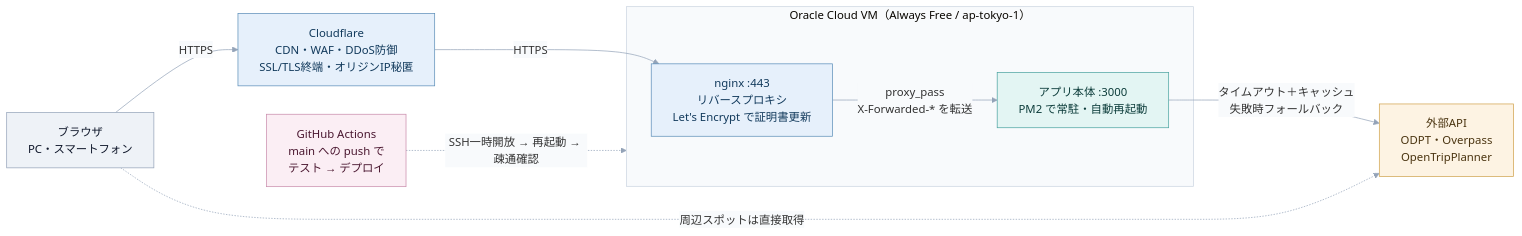
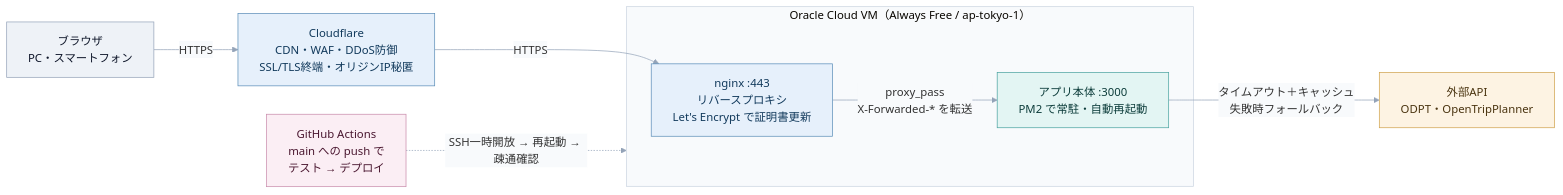
One commit to HR0101/EkiHub changed the second of 2 diagrams in README.md. Above: the diagram before and after it, drawn with Mermaid. The commit also changed other lines of this file and 4 other files, not shown here.

First line of the commit message:
docs: drop the Overpass spot search from README diagrams

````diff
--- a/README.md
+++ b/README.md
@@ -282,34 +273,33 @@
 ```mermaid
 %%{init: {"theme":"base","themeVariables":{"textColor":"#1f2937","lineColor":"#94a3b8","clusterBkg":"#f8fafc","clusterBorder":"#cbd5e1","edgeLabelBackground":"#f8fafc"},"flowchart":{"curve":"basis","wrappingWidth":400,"nodeSpacing":40,"rankSpacing":70}}}%%
 flowchart LR
   U["ブラウザ<br/>PC・スマートフォン"]
   CF["Cloudflare<br/>CDN・WAF・DDoS防御<br/>SSL/TLS終端・オリジンIP秘匿"]
 
   subgraph VM["Oracle Cloud VM（Always Free / ap-tokyo-1）"]
     NG["nginx :443<br/>リバースプロキシ<br/>Let's Encrypt で証明書更新"]
     APP["アプリ本体 :3000<br/>PM2 で常駐・自動再起動"]
     NG -- "proxy_pass<br/>X-Forwarded-* を転送" --> APP
   end
 
-  EX["外部API<br/>ODPT・Overpass<br/>OpenTripPlanner"]
+  EX["外部API<br/>ODPT・OpenTripPlanner"]
   GH["GitHub Actions<br/>main への push で<br/>テスト → デプロイ"]
 
   U -- "HTTPS" --> CF
   CF -- "HTTPS" --> NG
   APP -- "タイムアウト＋キャッシュ<br/>失敗時フォールバック" --> EX
-  U -. "周辺スポットは直接取得" .-> EX
   GH -. "SSH一時開放 → 再起動 → 疎通確認" .-> VM
 
   classDef client fill:#eef2f7,stroke:#94a3b8,color:#0f172a
   classDef route fill:#e6f0fb,stroke:#5b8db8,color:#123a5c
   classDef logic fill:#e3f5f3,stroke:#4aa3a0,color:#0d3d3b
   classDef data fill:#f3eefb,stroke:#9b83c9,color:#332154
   classDef ext fill:#fdf3e3,stroke:#d0a24c,color:#4a3410
   classDef ci fill:#fbeef4,stroke:#c98bab,color:#4a1730
 
   class U client
   class CF,NG route
   class APP logic
   class EX ext
   class GH ci
 ```
````
